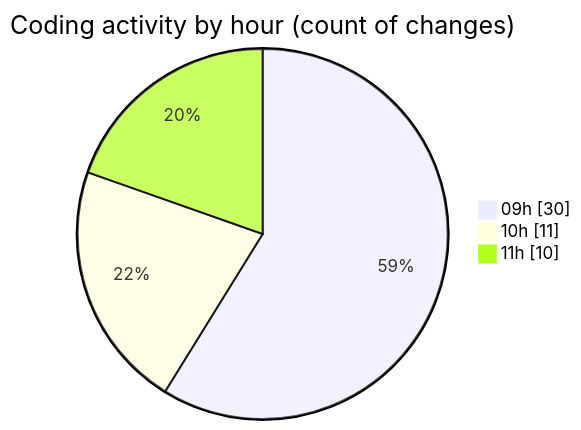
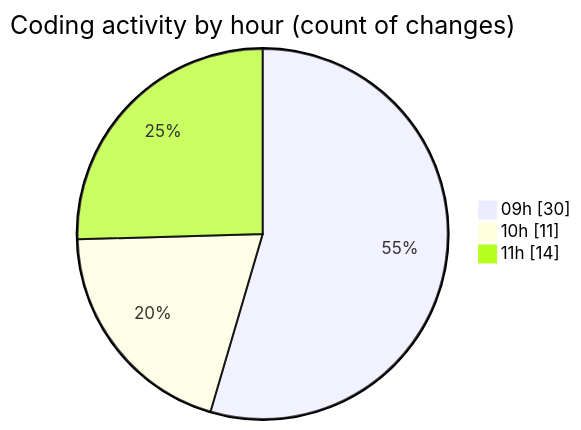
Before and after one commit to momahboobian/code-tracking: the second of 2 diagrams in 2025-03-05/cda/README.md, drawn with Mermaid. The commit also changed other lines of this file and 1 other file, not shown here.

````diff
--- a/2025-03-05/cda/README.md
+++ b/2025-03-05/cda/README.md
@@ -48,7 +50,7 @@
 ```mermaid
 pie showData
 title Coding activity by hour (count of changes)
 "09h" : 30
 "10h" : 11
-"11h" : 10
+"11h" : 14
 ```
````
